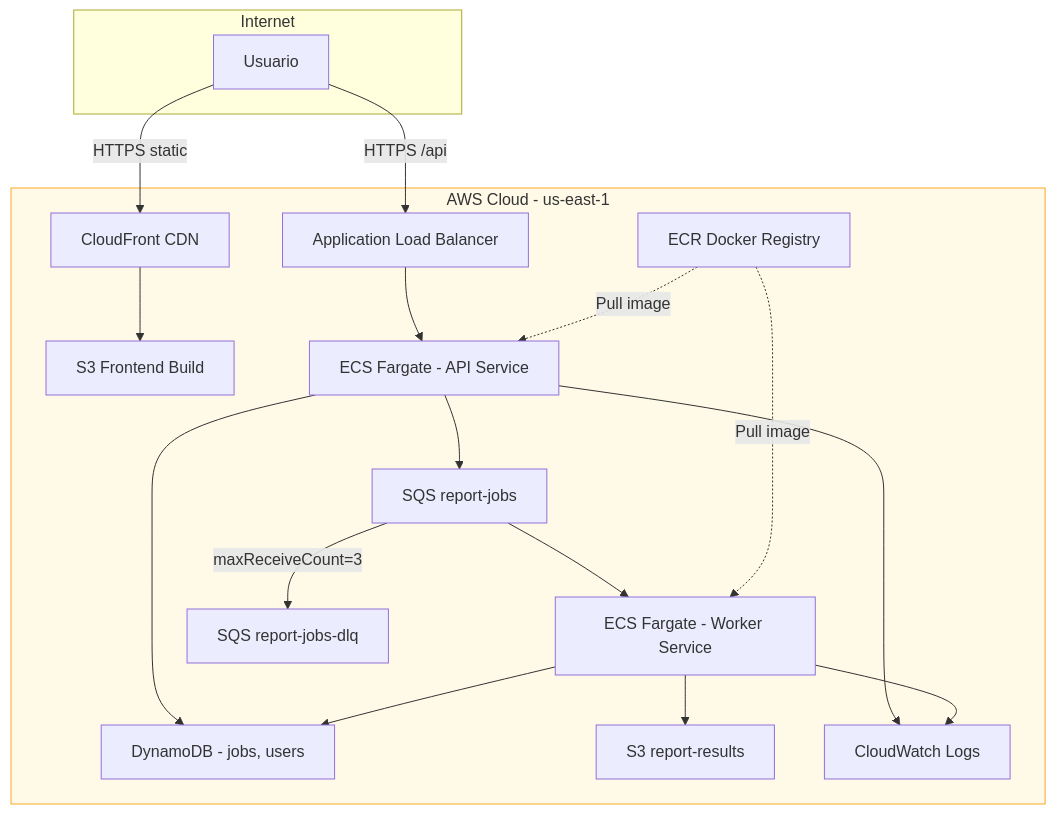
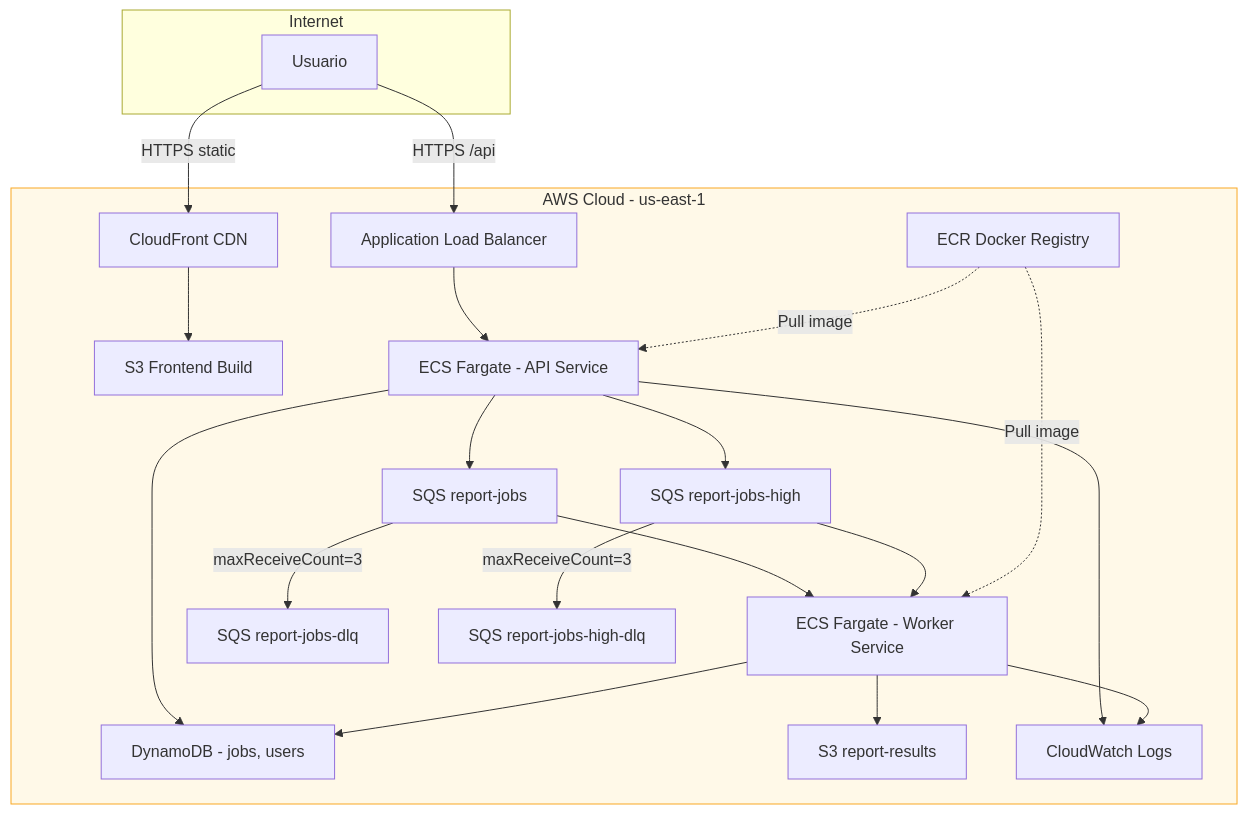
One commit to Joangeldelarosa/joangel-prosperas-challenge changed the second of 11 diagrams in TECHNICAL_DOCS.md. Above: the diagram before and after it, drawn with Mermaid. The commit also changed other lines of this file and 50 other files, not shown here.

````diff
--- a/TECHNICAL_DOCS.md
+++ b/TECHNICAL_DOCS.md
@@ -102,37 +112,42 @@
 ```mermaid
 graph TB
     subgraph Internet
         User["Usuario"]
     end
 
     subgraph AWS_Cloud["AWS Cloud - us-east-1"]
         CF["CloudFront CDN"]
         S3_FE["S3 Frontend Build"]
         ALB["Application Load Balancer"]
         API_Task["ECS Fargate - API Service"]
         Worker_Task["ECS Fargate - Worker Service"]
         SQS_P["SQS report-jobs"]
         SQS_DLQ["SQS report-jobs-dlq"]
+        SQS_H["SQS report-jobs-high"]
+        SQS_HDLQ["SQS report-jobs-high-dlq"]
         DDB["DynamoDB - jobs, users"]
         S3_R["S3 report-results"]
         ECR["ECR Docker Registry"]
         CW["CloudWatch Logs"]
     end
 
     User -->|"HTTPS static"| CF
     User -->|"HTTPS /api"| ALB
     CF --> S3_FE
     ALB --> API_Task
     API_Task --> SQS_P
     API_Task --> DDB
     SQS_P --> Worker_Task
     SQS_P -->|"maxReceiveCount=3"| SQS_DLQ
+    API_Task --> SQS_H
+    SQS_H --> Worker_Task
+    SQS_H -->|"maxReceiveCount=3"| SQS_HDLQ
     Worker_Task --> DDB
     Worker_Task --> S3_R
     ECR -.->|"Pull image"| API_Task
     ECR -.->|"Pull image"| Worker_Task
     API_Task --> CW
     Worker_Task --> CW
 
     style AWS_Cloud fill:#fff9e8,stroke:#f9a825
 ```
````
